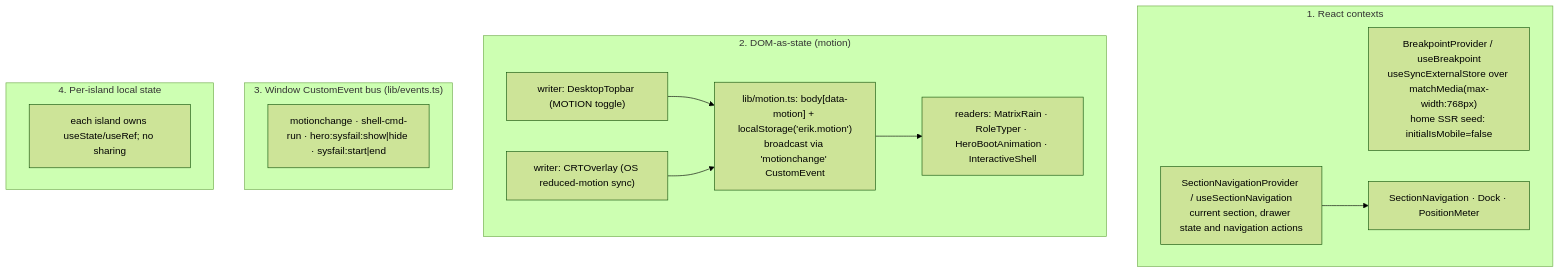
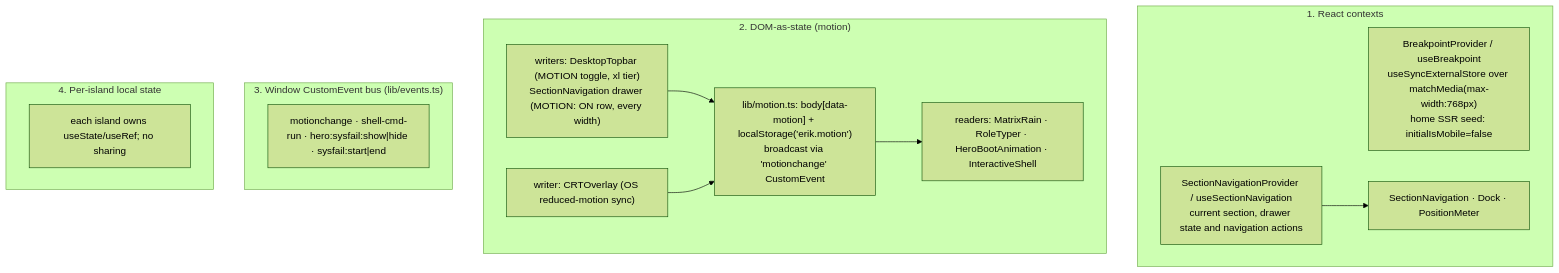
One commit to erikunha/portfolio changed the second of 2 diagrams in docs/04-components-and-state.md. Above: the diagram before and after it, drawn with Mermaid (forest theme). The commit also changed 12 other files, not shown here.

First line of the commit message:
fix(content): parse the topbar chrome and pin the motion tiers

````diff
--- a/docs/04-components-and-state.md
+++ b/docs/04-components-and-state.md
@@ -98,20 +98,20 @@
 ```mermaid
 flowchart TD
     subgraph ctx["1. React contexts"]
         bp["BreakpointProvider / useBreakpoint<br/>useSyncExternalStore over matchMedia(max-width:768px)<br/>home SSR seed: initialIsMobile=false"]
         navigation["SectionNavigationProvider / useSectionNavigation<br/>current section, drawer state and navigation actions"]
         navigation --> consumers["SectionNavigation · Dock · PositionMeter"]
     end
     subgraph dom["2. DOM-as-state (motion)"]
         motion["lib/motion.ts: body[data-motion] + localStorage('erik.motion')<br/>broadcast via 'motionchange' CustomEvent"]
-        w1["writer: DesktopTopbar (MOTION toggle)"] --> motion
+        w1["writers: DesktopTopbar (MOTION toggle, xl tier)<br/>SectionNavigation drawer (MOTION: ON row, every width)"] --> motion
         w2["writer: CRTOverlay (OS reduced-motion sync)"] --> motion
         motion --> r1["readers: MatrixRain · RoleTyper · HeroBootAnimation · InteractiveShell"]
     end
     subgraph bus["3. Window CustomEvent bus (lib/events.ts)"]
         ev["motionchange · shell-cmd-run · hero:sysfail:show|hide · sysfail:start|end"]
     end
     subgraph local["4. Per-island local state"]
         li["each island owns useState/useRef; no sharing"]
     end
 ```
````
